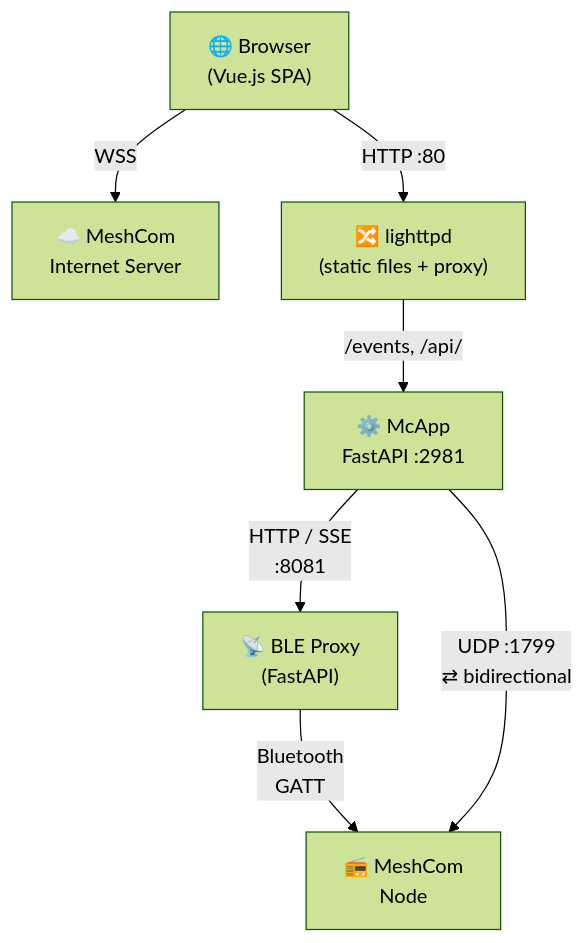
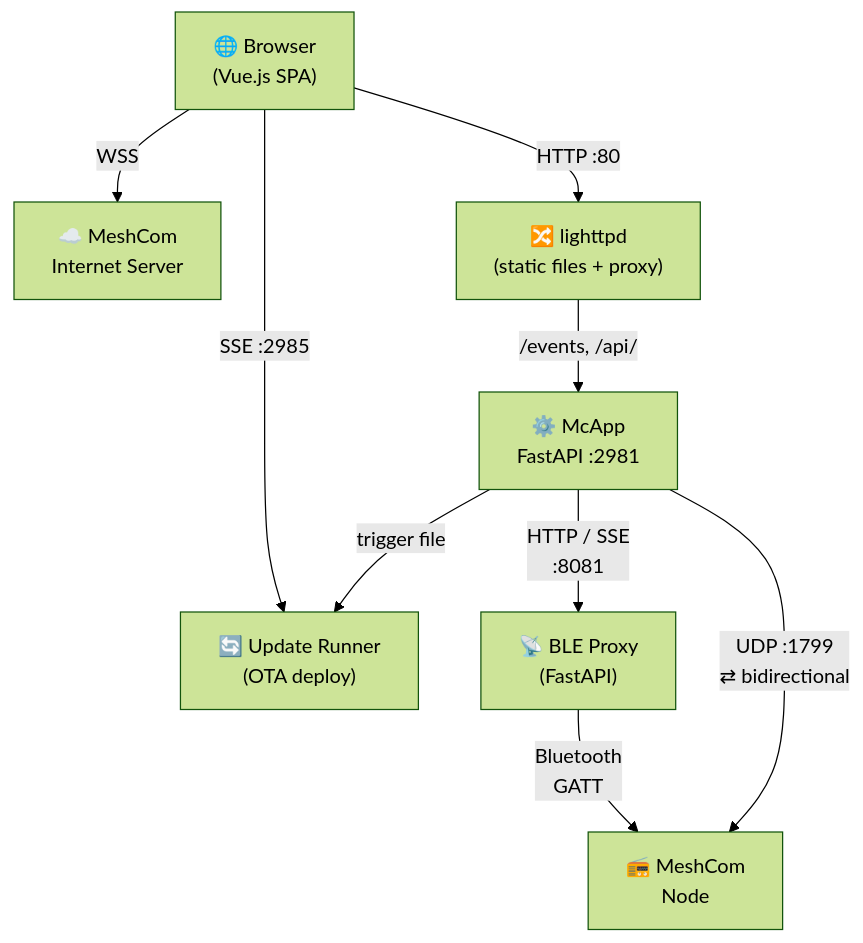
The diagram in README.md (DK5EN/McApp), drawn with Mermaid (forest theme) before and after one commit. The commit also changed other lines of this file and 1 other file, not shown here.

First line of the commit message:
[docs] Add update runner to CLAUDE.md and README.md

````diff
--- a/README.md
+++ b/README.md
@@ -184,16 +208,20 @@
 ```mermaid
 graph TD
     Browser["🌐 Browser<br/>(Vue.js SPA)"]
 
     Browser -- "WSS" --> MeshComServer["☁️ MeshCom<br/>Internet Server"]
 
     Browser -- "HTTP :80" --> Lighttpd["🔀 lighttpd<br/>(static files + proxy)"]
 
+    Browser -- "SSE :2985" --> UpdateRunner["🔄 Update Runner<br/>(OTA deploy)"]
+
     Lighttpd -- "/events, /api/" --> McApp["⚙️ McApp<br/>FastAPI :2981"]
+
+    McApp -- "trigger file" --> UpdateRunner
 
     McApp -- "HTTP / SSE<br/>:8081" --> BLEProxy["📡 BLE Proxy<br/>(FastAPI)"]
 
     BLEProxy -- "Bluetooth<br/>GATT" --> MeshComNode["📻 MeshCom<br/>Node"]
 
     McApp -- "UDP :1799<br/>⇄ bidirectional" --> MeshComNode
 ```
````
